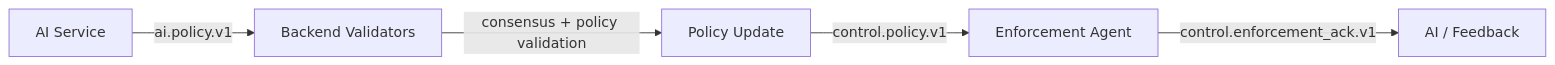
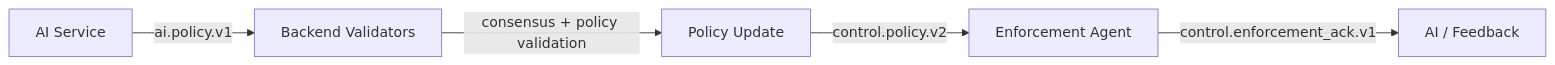
One commit to EveShark/CyberMesh changed the first of 12 diagrams in docs/design/LLD-enforcement-agent.md. Above: the diagram before and after it, drawn with Mermaid. The commit also changed other lines of this file and 35 other files, not shown here.

Commit message:
Migrate control policy runtime and signing to v2

````diff
--- a/docs/design/LLD-enforcement-agent.md
+++ b/docs/design/LLD-enforcement-agent.md
@@ -40,7 +40,7 @@
 ```mermaid
 flowchart LR
     AI[AI Service] -->|ai.policy.v1| BE[Backend Validators]
     BE -->|consensus + policy validation| CP[Policy Update]
-    CP -->|control.policy.v1| EA[Enforcement Agent]
+    CP -->|control.policy.v2| EA[Enforcement Agent]
     EA -->|control.enforcement_ack.v1| FEEDBACK[AI / Feedback]
 ```
````
